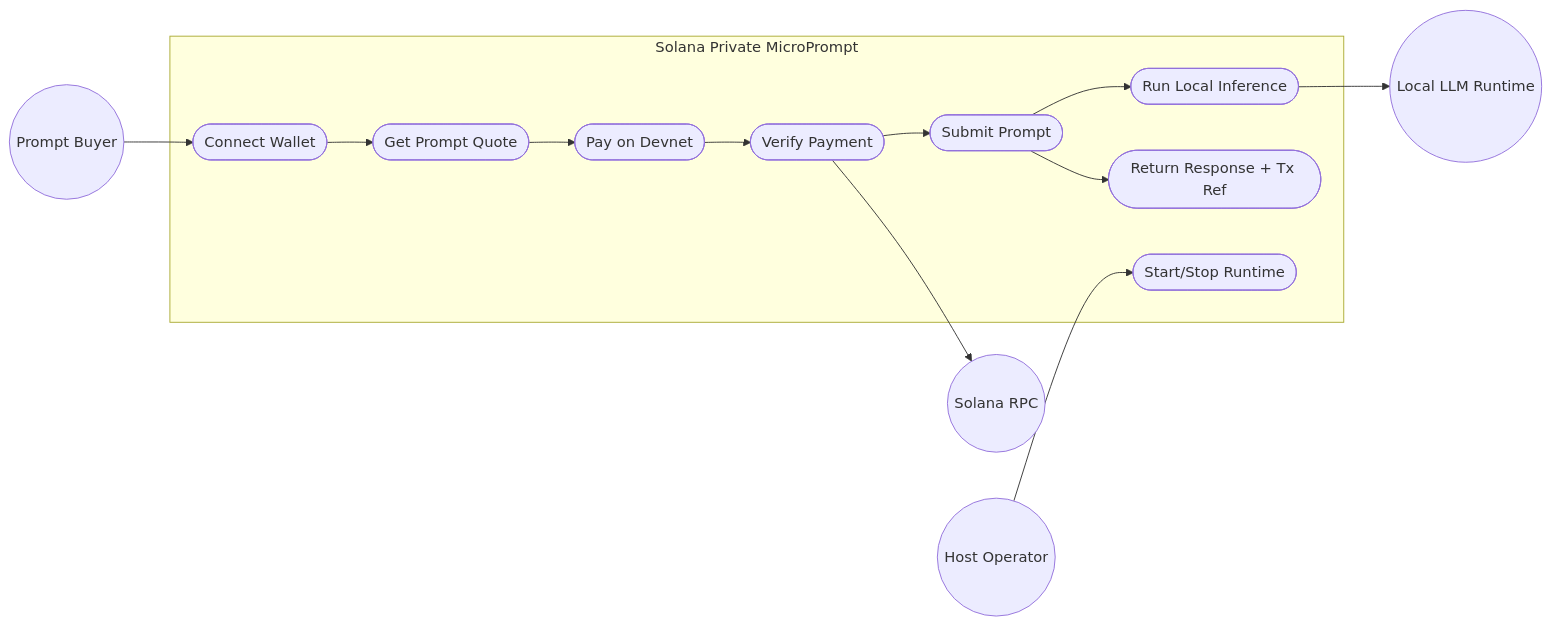
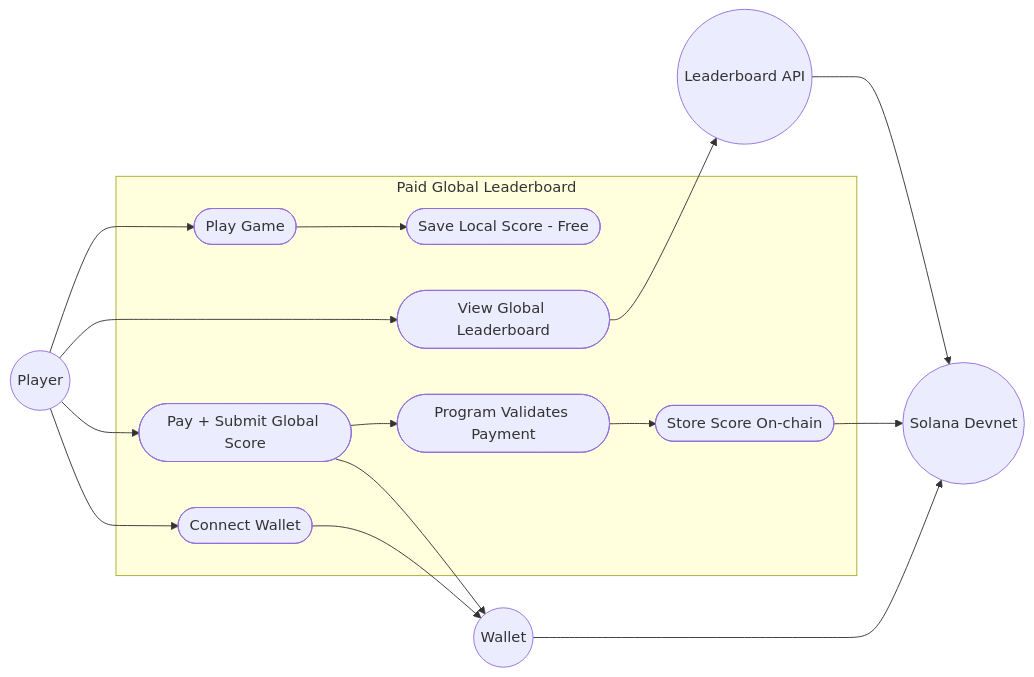
Before and after one commit to watsoncsulahack/solana-private-microprompt: the diagram in docs/diagrams/use-case.md, drawn with Mermaid. The commit also changed 7 other files, not shown here.

Commit message:
docs: pivot project direction to paid on-chain game leaderboard with ZK anti-cheat roadmap

````diff
--- a/docs/diagrams/use-case.md
+++ b/docs/diagrams/use-case.md
@@ -3,23 +3,25 @@
 ```mermaid
 flowchart LR
-  Buyer((Prompt Buyer))
-  Host((Host Operator))
-  RPC((Solana RPC))
-  LLM((Local LLM Runtime))
+  Player((Player))
+  Wallet((Wallet))
+  Chain((Solana Devnet))
+  API((Leaderboard API))
 
-  subgraph System[Solana Private MicroPrompt]
-    UC1([Connect Wallet])
-    UC2([Get Prompt Quote])
-    UC3([Pay on Devnet])
-    UC4([Verify Payment])
-    UC5([Submit Prompt])
-    UC6([Run Local Inference])
-    UC7([Return Response + Tx Ref])
-    UC8([Start/Stop Runtime])
+  subgraph System[Paid Global Leaderboard]
+    UC1([Play Game])
+    UC2([Save Local Score - Free])
+    UC3([Connect Wallet])
+    UC4([Pay + Submit Global Score])
+    UC5([Program Validates Payment])
+    UC6([Store Score On-chain])
+    UC7([View Global Leaderboard])
   end
 
-  Buyer --> UC1 --> UC2 --> UC3 --> UC4 --> UC5 --> UC7
-  UC4 --> RPC
-  UC5 --> UC6 --> LLM
-  Host --> UC8
+  Player --> UC1 --> UC2
+  Player --> UC3
+  UC3 --> Wallet
+  Player --> UC4
+  UC4 --> Wallet --> Chain
+  UC4 --> UC5 --> UC6 --> Chain
+  Player --> UC7 --> API --> Chain
 ```
````
